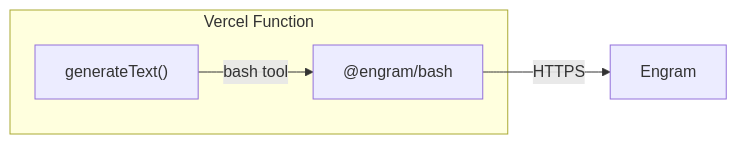
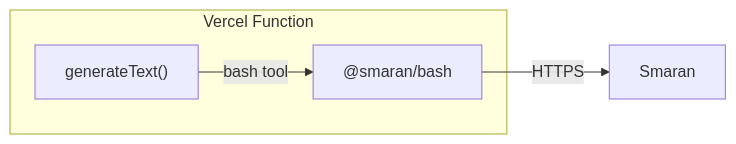
The second of 2 diagrams in apps/docs/smfs/providers/vercel.mdx (Ayushpani/engram), drawn with Mermaid before and after one commit. The commit also changed other lines of this file and 219 other files, not shown here.

````diff
--- a/apps/docs/smfs/providers/vercel.mdx
+++ b/apps/docs/smfs/providers/vercel.mdx
@@ -39,7 +39,7 @@
 ```mermaid
 graph LR
     subgraph Vercel Function
-        AI["generateText()"] -->|"bash tool"| Bash["@engram/bash"]
+        AI["generateText()"] -->|"bash tool"| Bash["@smaran/bash"]
     end
-    Bash -->|HTTPS| SM["Engram"]
+    Bash -->|HTTPS| SM["Smaran"]
 ```
````
